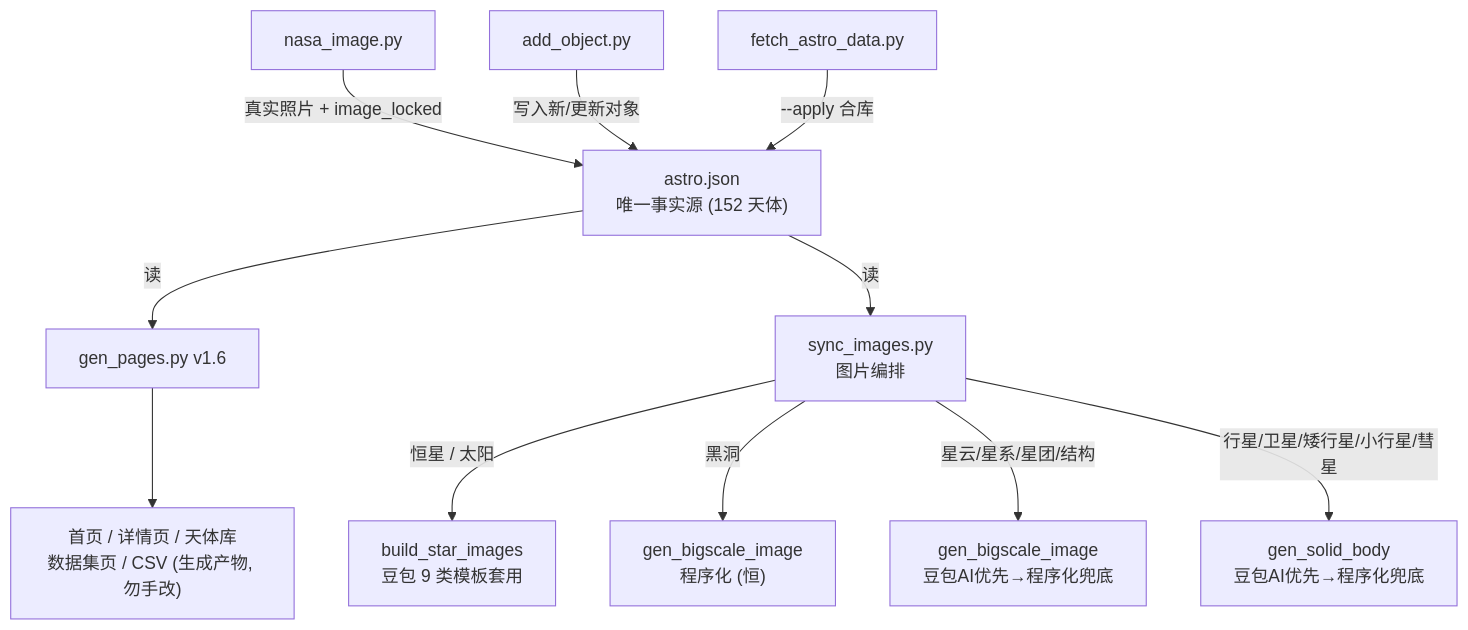
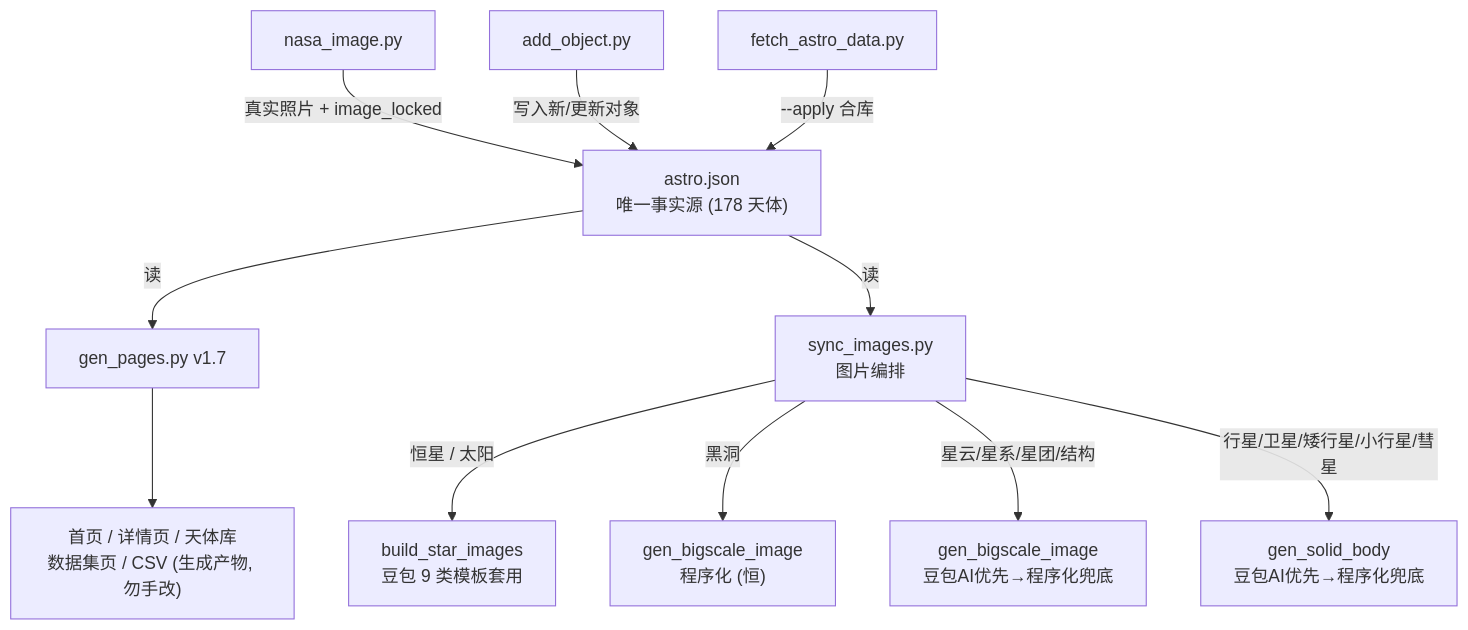
One commit to yufengwolf/astro-blog changed the first of 5 diagrams in 维护指南.md. Above: the diagram before and after it, drawn with Mermaid. The commit also changed other lines of this file and 183 other files, not shown here.

````diff
--- a/维护指南.md
+++ b/维护指南.md
@@ -11,13 +11,13 @@
 ```mermaid
 flowchart TD
-    A["astro.json<br/>唯一事实源 (152 天体)"] -->|读| B["gen_pages.py v1.6"]
+    A["astro.json<br/>唯一事实源 (178 天体)"] -->|读| B["gen_pages.py v1.7"]
     B --> C["首页 / 详情页 / 天体库<br/>数据集页 / CSV (生成产物, 勿手改)"]
     A -->|读| D["sync_images.py<br/>图片编排"]
     D -->|恒星 / 太阳| E["build_star_images<br/>豆包 9 类模板套用"]
     D -->|黑洞| F0["gen_bigscale_image<br/>程序化 (恒)"]
     D -->|星云/星系/星团/结构| F["gen_bigscale_image<br/>豆包AI优先→程序化兜底"]
     D -->|行星/卫星/矮行星/小行星/彗星| G["gen_solid_body<br/>豆包AI优先→程序化兜底"]
     H["nasa_image.py"] -->|真实照片 + image_locked| A
     I["add_object.py"] -->|写入新/更新对象| A
     J["fetch_astro_data.py"] -->|--apply 合库| A
 ```
````
